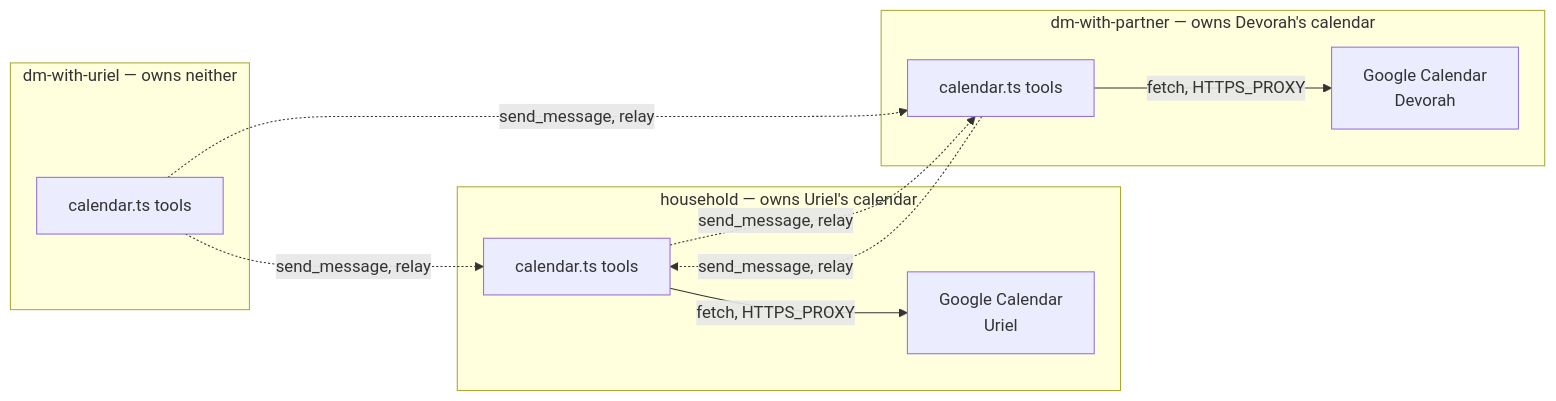
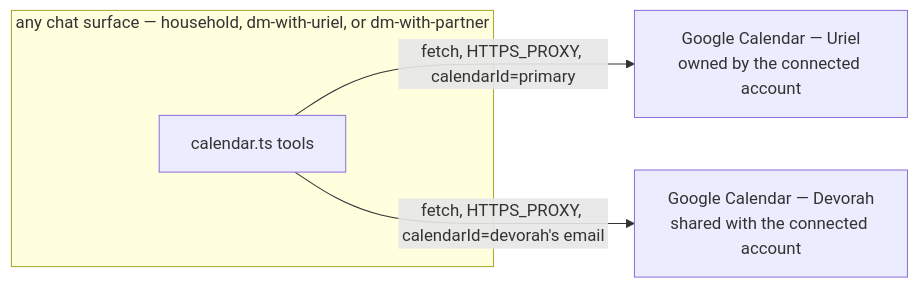
One commit to adar666/nanoclaw changed the diagram in _bmad-output/planning-artifacts/architecture/architecture-nanoclaw-v2-2026-08-17/ARCHITECTURE-SPINE.md. Above: the diagram before and after it, drawn with Mermaid. The commit also changed other lines of this file and 4 other files, not shown here.

First line of the commit message:
feat(calendar): pivot to single-connection + Google-native sharing

````diff
--- a/_bmad-output/planning-artifacts/architecture/architecture-nanoclaw-v2-2026-08-17/ARCHITECTURE-SPINE.md
+++ b/_bmad-output/planning-artifacts/architecture/architecture-nanoclaw-v2-2026-08-17/ARCHITECTURE-SPINE.md
@@ -24,16 +24,8 @@
 ```mermaid
 graph LR
-    subgraph household [household — owns Uriel's calendar]
-        H[calendar.ts tools] -->|fetch, HTTPS_PROXY| GCU[Google Calendar<br/>Uriel]
+    subgraph any [any chat surface — household, dm-with-uriel, or dm-with-partner]
+        C[calendar.ts tools]
     end
-    subgraph partner [dm-with-partner — owns Devorah's calendar]
-        T[calendar.ts tools] -->|fetch, HTTPS_PROXY| GCD[Google Calendar<br/>Devorah]
-    end
-    subgraph uriel_dm [dm-with-uriel — owns neither]
-        Y[calendar.ts tools]
-    end
-    Y -.send_message, relay.-> H
-    Y -.send_message, relay.-> T
-    H -.send_message, relay.-> T
-    T -.send_message, relay.-> H
+    C -->|fetch, HTTPS_PROXY, calendarId=primary| GCU[Google Calendar — Uriel<br/>owned by the connected account]
+    C -->|fetch, HTTPS_PROXY, calendarId=devorah's email| GCD[Google Calendar — Devorah<br/>shared with the connected account]
 ```
````
